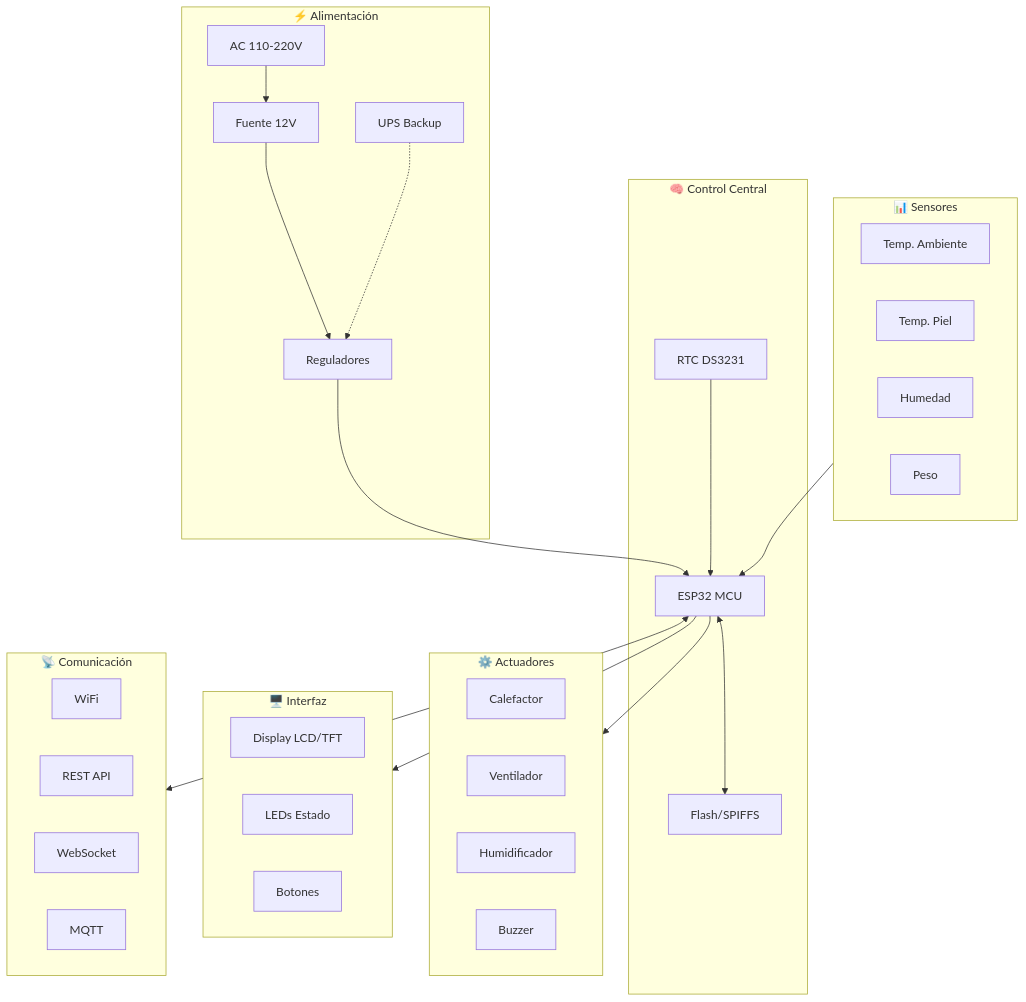
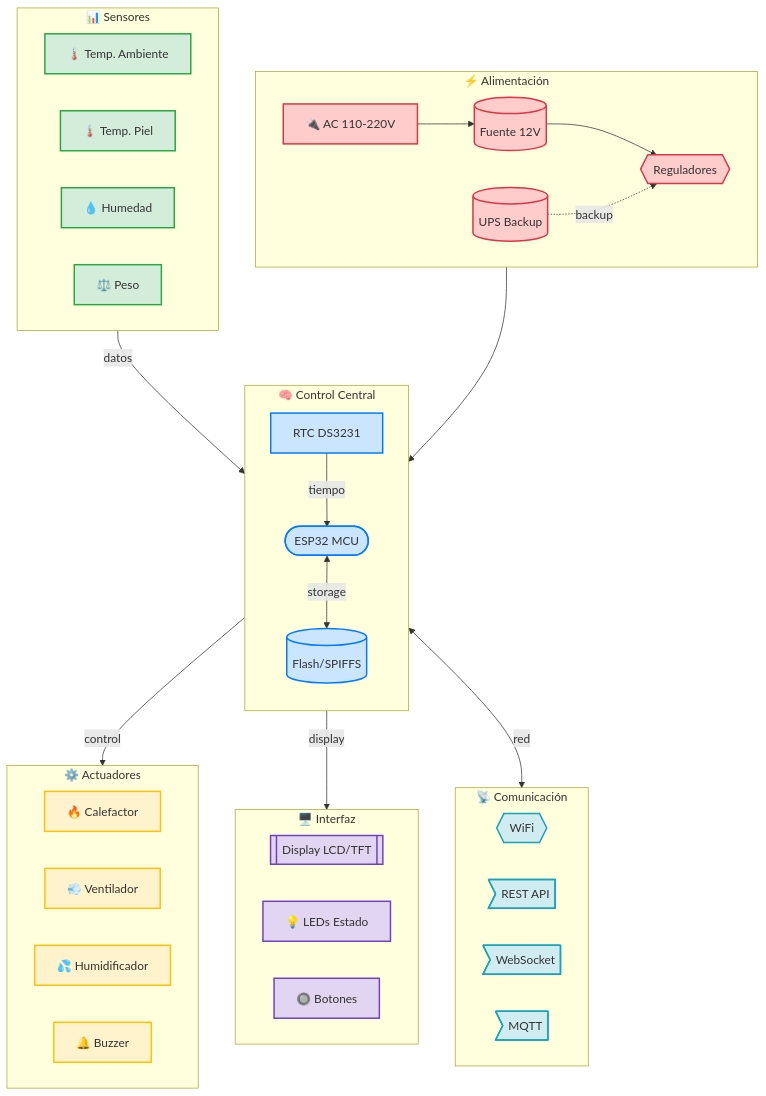
Before and after one commit to medicalopenworld/IncuNest-Docs: the first of 3 diagrams in docs/docs/architecture/overview.md, drawn with Mermaid. The commit also changed other lines of this file and 11 other files, not shown here.

Commit message:
Update Spanish documentation diagrams to beautiful mermaid style

````diff
--- a/docs/docs/architecture/overview.md
+++ b/docs/docs/architecture/overview.md
@@ -18,52 +18,72 @@
 ```mermaid
-flowchart TB
-    subgraph POWER["⚡ Alimentación"]
-        AC[AC 110-220V]
-        PSU[Fuente 12V]
-        REG[Reguladores]
-        UPS[UPS Backup]
+graph TB
+    subgraph POWER ["⚡ Alimentación"]
+        direction LR
+        AC[🔌 AC 110-220V]
+        PSU[(Fuente 12V)]
+        REG{{Reguladores}}
+        UPS[(UPS Backup)]
     end
     
-    subgraph CONTROL["🧠 Control Central"]
-        ESP32[ESP32 MCU]
-        FLASH[Flash/SPIFFS]
+    subgraph CONTROL ["🧠 Control Central"]
+        direction TB
+        ESP32([ESP32 MCU])
+        FLASH[(Flash/SPIFFS)]
         RTC[RTC DS3231]
     end
     
-    subgraph SENSORS["📊 Sensores"]
-        TEMP1[Temp. Ambiente]
-        TEMP2[Temp. Piel]
-        HUM[Humedad]
-        WEIGHT[Peso]
+    subgraph SENSORS ["📊 Sensores"]
+        direction LR
+        TEMP1[🌡️ Temp. Ambiente]
+        TEMP2[🌡️ Temp. Piel]
+        HUM[💧 Humedad]
+        WEIGHT[⚖️ Peso]
     end
     
-    subgraph ACTUATORS["⚙️ Actuadores"]
-        HEATER[Calefactor]
-        FAN[Ventilador]
-        HUMID[Humidificador]
-        BUZZER[Buzzer]
+    subgraph ACTUATORS ["⚙️ Actuadores"]
+        direction LR
+        HEATER[🔥 Calefactor]
+        FAN[💨 Ventilador]
+        HUMID[💦 Humidificador]
+        BUZZER[🔔 Buzzer]
     end
     
-    subgraph UI["🖥️ Interfaz"]
-        LCD[Display LCD/TFT]
-        LEDS[LEDs Estado]
-        BUTTONS[Botones]
+    subgraph UI ["🖥️ Interfaz"]
+        direction LR
+        LCD[[Display LCD/TFT]]
+        LEDS[💡 LEDs Estado]
+        BUTTONS[🔘 Botones]
     end
     
-    subgraph COMM["📡 Comunicación"]
-        WIFI[WiFi]
-        API[REST API]
-        WS[WebSocket]
-        MQTT[MQTT]
+    subgraph COMM ["📡 Comunicación"]
+        direction LR
+        WIFI{{WiFi}}
+        API>REST API]
+        WS>WebSocket]
+        MQTT>MQTT]
     end
     
     AC --> PSU --> REG --> ESP32
-    UPS -.-> REG
+    UPS -.->|backup| REG
     
-    SENSORS --> ESP32
-    ESP32 --> ACTUATORS
-    ESP32 --> UI
-    ESP32 <--> COMM
-    ESP32 <--> FLASH
-    RTC --> ESP32
+    SENSORS -->|datos| ESP32
+    ESP32 -->|control| ACTUATORS
+    ESP32 -->|display| UI
+    ESP32 <-->|red| COMM
+    ESP32 <-->|storage| FLASH
+    RTC -->|tiempo| ESP32
+    
+    classDef power fill:#ffcccc,stroke:#dc3545,stroke-width:2px
+    classDef control fill:#cce5ff,stroke:#007bff,stroke-width:2px
+    classDef sensors fill:#d4edda,stroke:#28a745,stroke-width:2px
+    classDef actuators fill:#fff3cd,stroke:#ffc107,stroke-width:2px
+    classDef ui fill:#e2d5f1,stroke:#6f42c1,stroke-width:2px
+    classDef comm fill:#d1ecf1,stroke:#17a2b8,stroke-width:2px
+    
+    class AC,PSU,REG,UPS power
+    class ESP32,FLASH,RTC control
+    class TEMP1,TEMP2,HUM,WEIGHT sensors
+    class HEATER,FAN,HUMID,BUZZER actuators
+    class LCD,LEDS,BUTTONS ui
+    class WIFI,API,WS,MQTT comm
 ```
````
